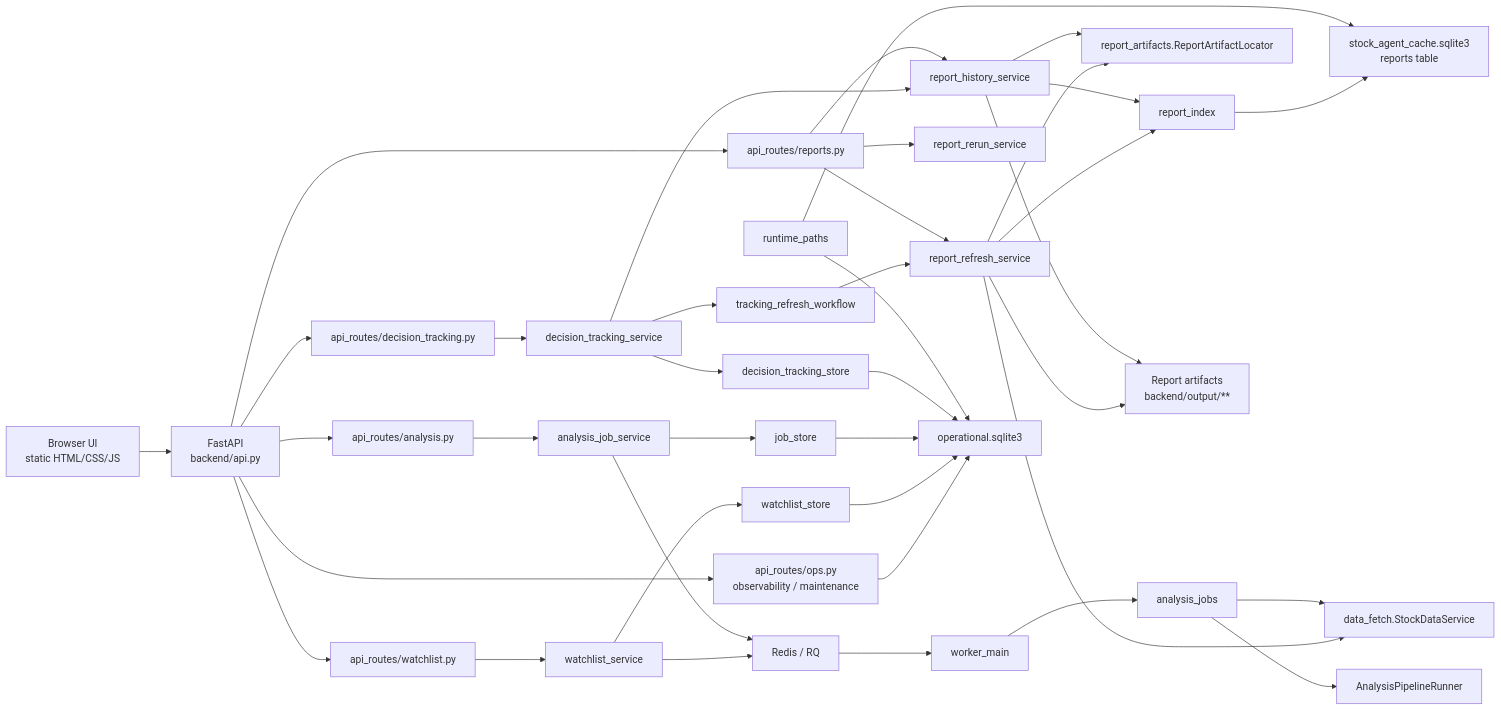
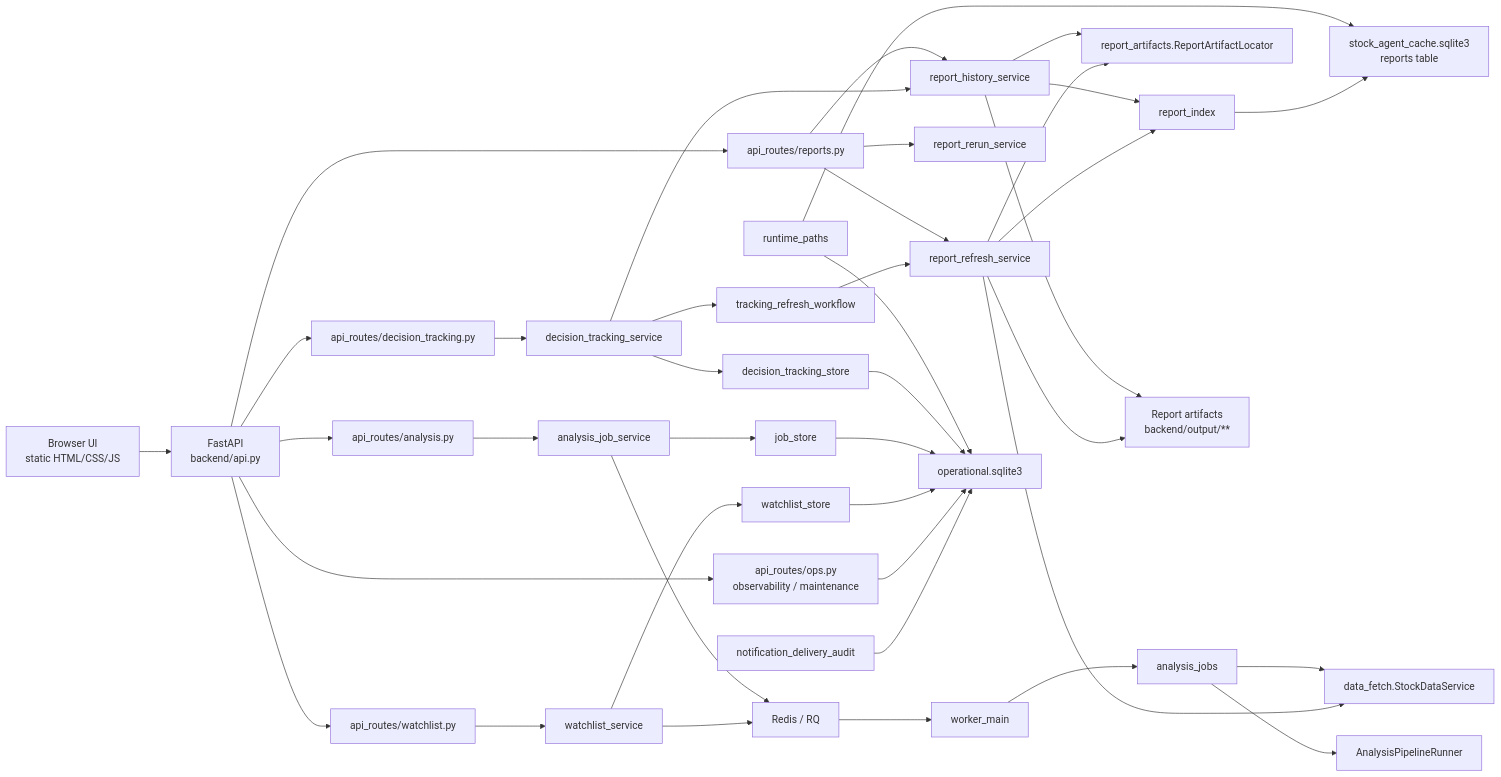
Before and after one commit to aibalbo999/unstuck: the second of 4 diagrams in docs/system-architecture-map.md, drawn with Mermaid. The commit also changed other lines of this file and 218 other files, not shown here.

````diff
--- a/docs/system-architecture-map.md
+++ b/docs/system-architecture-map.md
@@ -56,47 +56,48 @@
 ```mermaid
 flowchart LR
     UI["Browser UI<br/>static HTML/CSS/JS"] --> API["FastAPI<br/>backend/api.py"]
     API --> ReportsRoute["api_routes/reports.py"]
     API --> TrackingRoute["api_routes/decision_tracking.py"]
     API --> AnalysisRoute["api_routes/analysis.py"]
     API --> WatchlistRoute["api_routes/watchlist.py"]
     API --> OpsRoute["api_routes/ops.py<br/>observability / maintenance"]
 
     ReportsRoute --> ReportHistory["report_history_service"]
     ReportsRoute --> ReportRefresh["report_refresh_service"]
     ReportsRoute --> ReportRerun["report_rerun_service"]
 
     TrackingRoute --> TrackingService["decision_tracking_service"]
     TrackingService --> TrackingWorkflow["tracking_refresh_workflow"]
     TrackingService --> TrackingStore["decision_tracking_store"]
     TrackingService --> ReportHistory
     TrackingWorkflow --> ReportRefresh
 
     AnalysisRoute --> AnalysisJobSvc["analysis_job_service"]
     AnalysisJobSvc --> JobStore["job_store"]
     AnalysisJobSvc --> Queue["Redis / RQ"]
     Queue --> Worker["worker_main"]
     Worker --> AnalysisJobs["analysis_jobs"]
     AnalysisJobs --> DataFetch["data_fetch.StockDataService"]
     AnalysisJobs --> Runner["AnalysisPipelineRunner"]
 
     WatchlistRoute --> WatchlistSvc["watchlist_service"]
     WatchlistSvc --> WatchlistStore["watchlist_store"]
     WatchlistSvc --> Queue
 
     ReportHistory --> ArtifactLocator["report_artifacts.ReportArtifactLocator"]
     ReportHistory --> ReportIndex["report_index"]
     ReportHistory --> Artifacts["Report artifacts<br/>backend/output/**"]
     ReportRefresh --> ArtifactLocator
     ReportRefresh --> DataFetch
     ReportRefresh --> ReportIndex
     ReportRefresh --> Artifacts
 
     RuntimePaths["runtime_paths"] --> CacheDB
     RuntimePaths --> OpDB
     ReportIndex --> CacheDB["stock_agent_cache.sqlite3<br/>reports table"]
     TrackingStore --> OpDB["operational.sqlite3"]
     JobStore --> OpDB
     WatchlistStore --> OpDB
     OpsRoute --> OpDB
+    NotificationAudit["notification_delivery_audit"] --> OpDB
 ```
````
